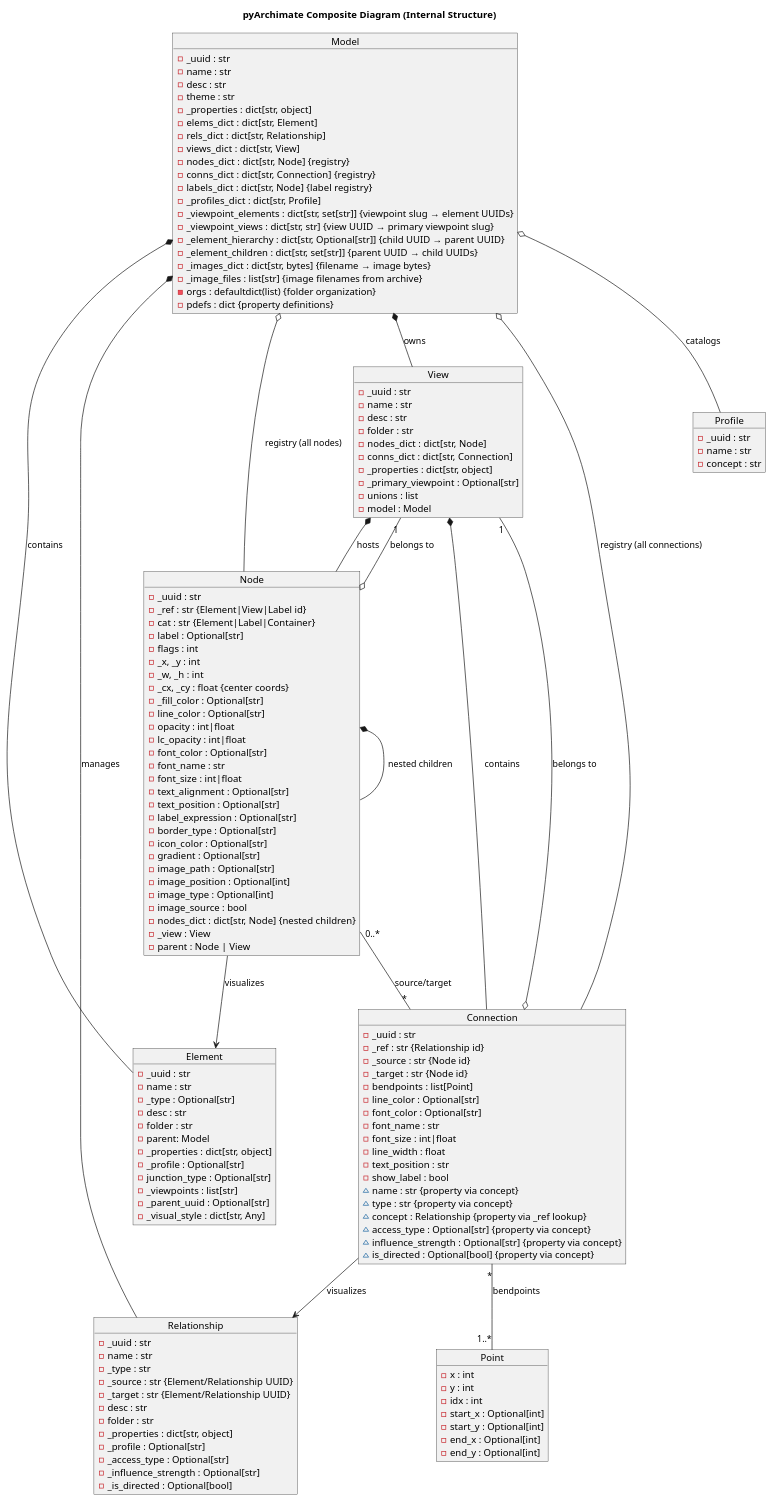
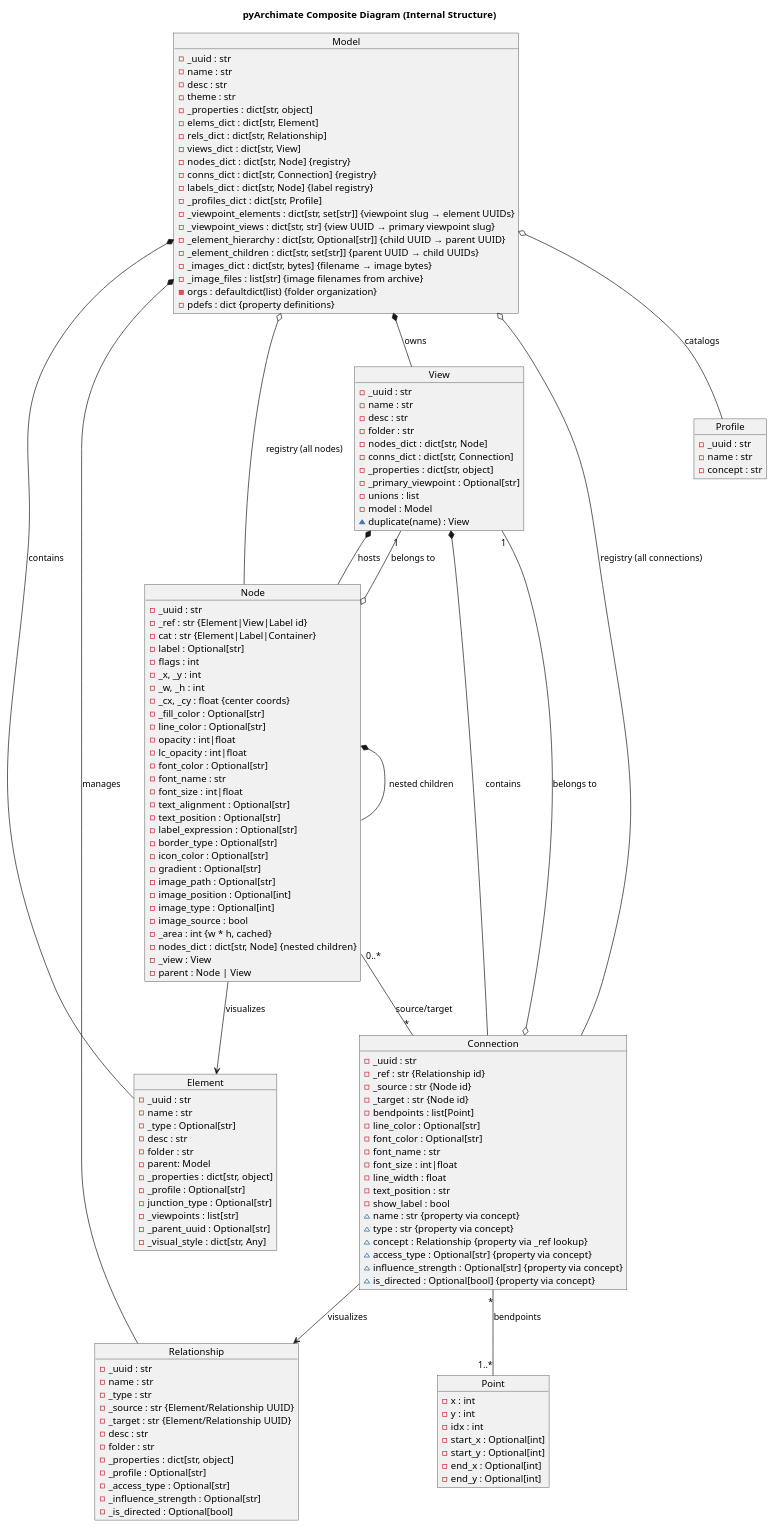
Before and after one commit to pyArchimate/pyArchimate: the diagram in docs/diagrams/composite.puml, drawn with PlantUML. The commit also changed 6 other files, not shown here.

Commit message:
docs: regenerate diagrams and AI.md pre-release

```diff
--- a/docs/diagrams/composite.puml
+++ b/docs/diagrams/composite.puml
@@ -1,157 +1,159 @@
 @startuml
 title pyArchimate Composite Diagram (Internal Structure)
 
 object Model {
   - _uuid : str
   - name : str
   - desc : str
   - theme : str
   - _properties : dict[str, object]
   - elems_dict : dict[str, Element]
   - rels_dict : dict[str, Relationship]
   - views_dict : dict[str, View]
   - nodes_dict : dict[str, Node] {registry}
   - conns_dict : dict[str, Connection] {registry}
   - labels_dict : dict[str, Node] {label registry}
   - _profiles_dict : dict[str, Profile]
   - _viewpoint_elements : dict[str, set[str]] {viewpoint slug → element UUIDs}
   - _viewpoint_views : dict[str, str] {view UUID → primary viewpoint slug}
   - _element_hierarchy : dict[str, Optional[str]] {child UUID → parent UUID}
   - _element_children : dict[str, set[str]] {parent UUID → child UUIDs}
   - _images_dict : dict[str, bytes] {filename → image bytes}
   - _image_files : list[str] {image filenames from archive}
   - orgs : defaultdict(list) {folder organization}
   - pdefs : dict {property definitions}
 }
 
 object Element {
   - _uuid : str
   - name : str
   - _type : Optional[str]
   - desc : str
   - folder : str
   - parent: Model
   - _properties : dict[str, object]
   - _profile : Optional[str]
   - junction_type : Optional[str]
   - _viewpoints : list[str]
   - _parent_uuid : Optional[str]
   - _visual_style : dict[str, Any]
 }
 
 object Relationship {
   - _uuid : str
   - name : str
   - _type : str
   - _source : str {Element/Relationship UUID}
   - _target : str {Element/Relationship UUID}
   - desc : str
   - folder : str
   - _properties : dict[str, object]
   - _profile : Optional[str]
   - _access_type : Optional[str]
   - _influence_strength : Optional[str]
   - _is_directed : Optional[bool]
 }
 
 object Profile {
   - _uuid : str
   - name : str
   - concept : str
 }
 
 object View {
   - _uuid : str
   - name : str
   - desc : str
   - folder : str
   - nodes_dict : dict[str, Node]
   - conns_dict : dict[str, Connection]
   - _properties : dict[str, object]
   - _primary_viewpoint : Optional[str]
   - unions : list
   - model : Model
+  ~ duplicate(name) : View
 }
 
 object Node {
   - _uuid : str
   - _ref : str {Element|View|Label id}
   - cat : str {Element|Label|Container}
   - label : Optional[str]
   - flags : int
   - _x, _y : int
   - _w, _h : int
   - _cx, _cy : float {center coords}
   - _fill_color : Optional[str]
   - line_color : Optional[str]
   - opacity : int|float
   - lc_opacity : int|float
   - font_color : Optional[str]
   - font_name : str
   - font_size : int|float
   - text_alignment : Optional[str]
   - text_position : Optional[str]
   - label_expression : Optional[str]
   - border_type : Optional[str]
   - icon_color : Optional[str]
   - gradient : Optional[str]
   - image_path : Optional[str]
   - image_position : Optional[int]
   - image_type : Optional[int]
   - image_source : bool
+  - _area : int {w * h, cached}
   - nodes_dict : dict[str, Node] {nested children}
   - _view : View
   - parent : Node | View
 }
 
 object Connection {
   - _uuid : str
   - _ref : str {Relationship id}
   - _source : str {Node id}
   - _target : str {Node id}
   - bendpoints : list[Point]
   - line_color : Optional[str]
   - font_color : Optional[str]
   - font_name : str
   - font_size : int|float
   - line_width : float
   - text_position : str
   - show_label : bool
   ~ name : str {property via concept}
   ~ type : str {property via concept}
   ~ concept : Relationship {property via _ref lookup}
   ~ access_type : Optional[str] {property via concept}
   ~ influence_strength : Optional[str] {property via concept}
   ~ is_directed : Optional[bool] {property via concept}
 }
 
 object Point {
   - x : int
   - y : int
   - idx : int
   - start_x : Optional[int]
   - start_y : Optional[int]
   - end_x : Optional[int]
   - end_y : Optional[int]
 }
 
 Model *-- Element : contains
 Model *-- Relationship : manages
 Model *-- View : owns
 Model o-- Profile : catalogs
 Model o-- Node : registry (all nodes)
 Model o-- Connection : registry (all connections)
 
 View *-- Node : hosts
 View *-- Connection : contains
 
 Node --> Element : visualizes
 Node *-- Node : nested children
 Node o-- "1" View : belongs to
 Node "0..*" -- "*" Connection : source/target
 
 Connection --> Relationship : visualizes
 Connection o-- "1" View : belongs to
 Connection "*" -- "1..*" Point : bendpoints
 
 @enduml
```
